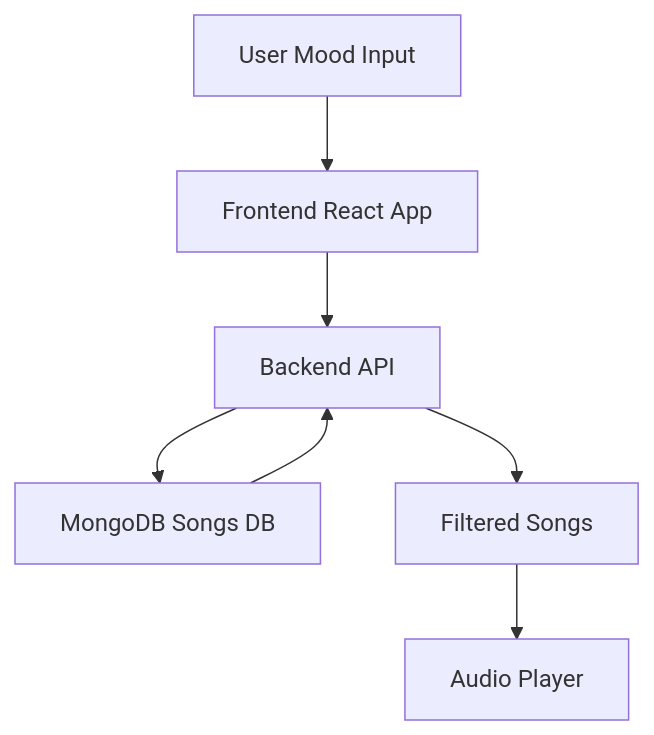
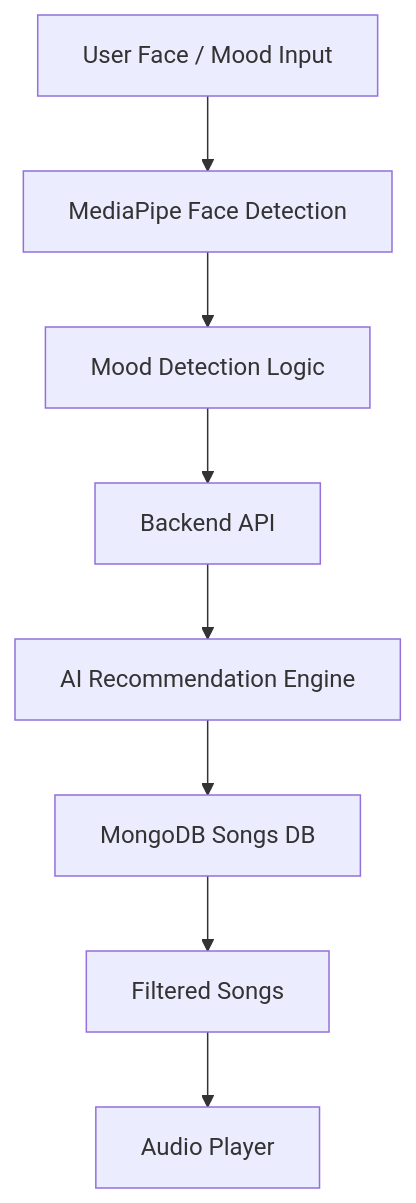
One commit to TheShivaji/ModiBeats changed the diagram in README.md. Above: the diagram before and after it, drawn with Mermaid. The commit also changed other lines of this file, not shown here.

````diff
--- a/README.md
+++ b/README.md
@@ -28,9 +31,10 @@
 ```mermaid
 graph TD;
-    A[User Mood Input] --> B[Frontend React App]
-    B --> C[Backend API]
-    C --> D[MongoDB Songs DB]
-    D --> C
-    C --> E[Filtered Songs]
-    E --> F[Audio Player]
+    A[User Face / Mood Input] --> B[MediaPipe Face Detection]
+    B --> C[Mood Detection Logic]
+    C --> D[Backend API]
+    D --> E[AI Recommendation Engine]
+    E --> F[MongoDB Songs DB]
+    F --> G[Filtered Songs]
+    G --> H[Audio Player]
 ```
````
